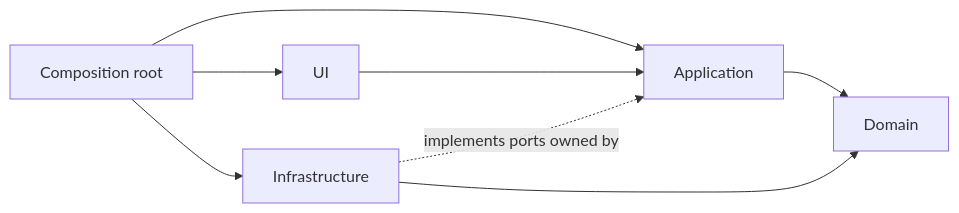
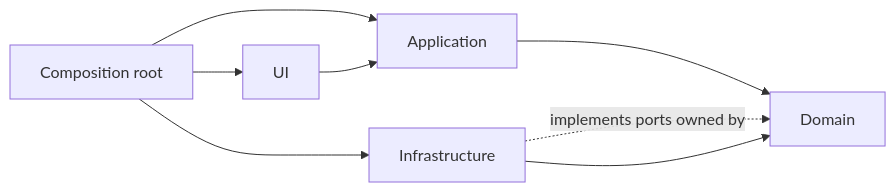
Before and after one commit to Mikode13/slop-lab: the second of 2 diagrams in docs/architecture.md, drawn with Mermaid. The commit also changed other lines of this file and 14 other files, not shown here.

First line of the commit message:
refactor(pokemon): move project-owned ports from application to domain

````diff
--- a/docs/architecture.md
+++ b/docs/architecture.md
@@ -75,10 +75,10 @@
 ```mermaid
 flowchart LR
     Composition[Composition root] --> UI[UI]
     Composition --> Application[Application]
     Composition --> Infrastructure[Infrastructure]
     UI --> Application
     Application --> Domain[Domain]
-    Infrastructure -. implements ports owned by .-> Application
+    Infrastructure -. implements ports owned by .-> Domain
     Infrastructure --> Domain
 ```
````
